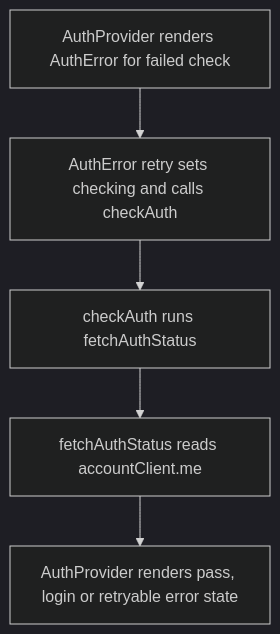
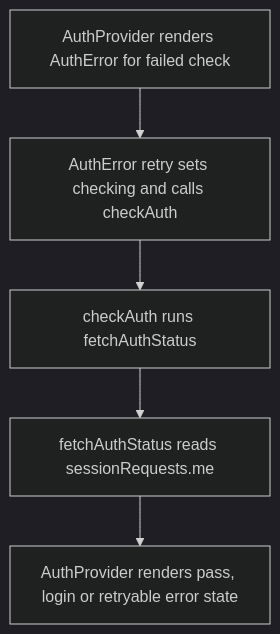
One commit to Kevinjohn/capacitylens changed the second of 2 diagrams in user-stories/account/US-ACCOUNT-08-session-verification.md. Above: the diagram before and after it, drawn with Mermaid (dark theme). The commit also changed other lines of this file and 10 other files, not shown here.

````diff
--- a/user-stories/account/US-ACCOUNT-08-session-verification.md
+++ b/user-stories/account/US-ACCOUNT-08-session-verification.md
@@ -28,7 +28,7 @@
 ```mermaid
 flowchart TD
   error["AuthProvider renders AuthError for failed check"] --> retry["AuthError retry sets checking and calls checkAuth"]
   retry --> fetch["checkAuth runs fetchAuthStatus"]
-  fetch --> me["fetchAuthStatus reads accountClient.me"]
+  fetch --> me["fetchAuthStatus reads sessionRequests.me"]
   me --> status["AuthProvider renders pass, login or retryable error state"]
 ```
````
